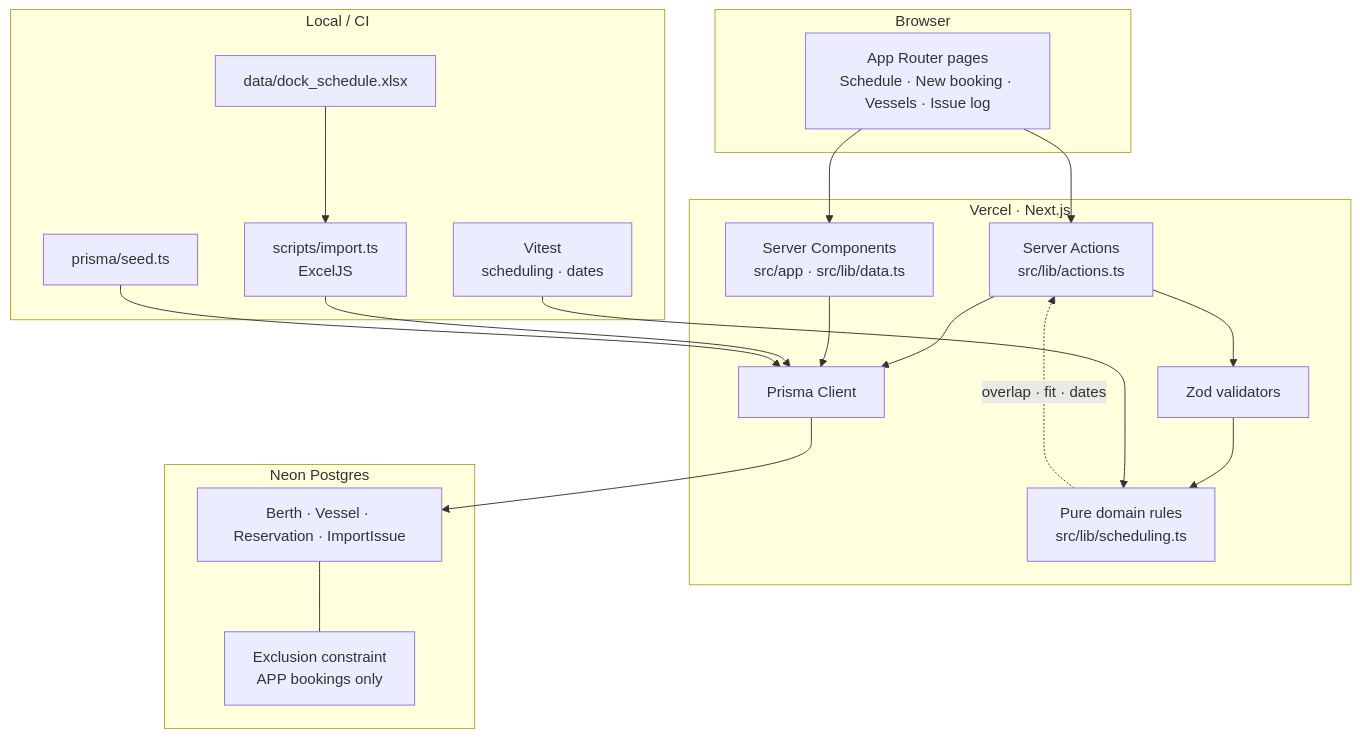
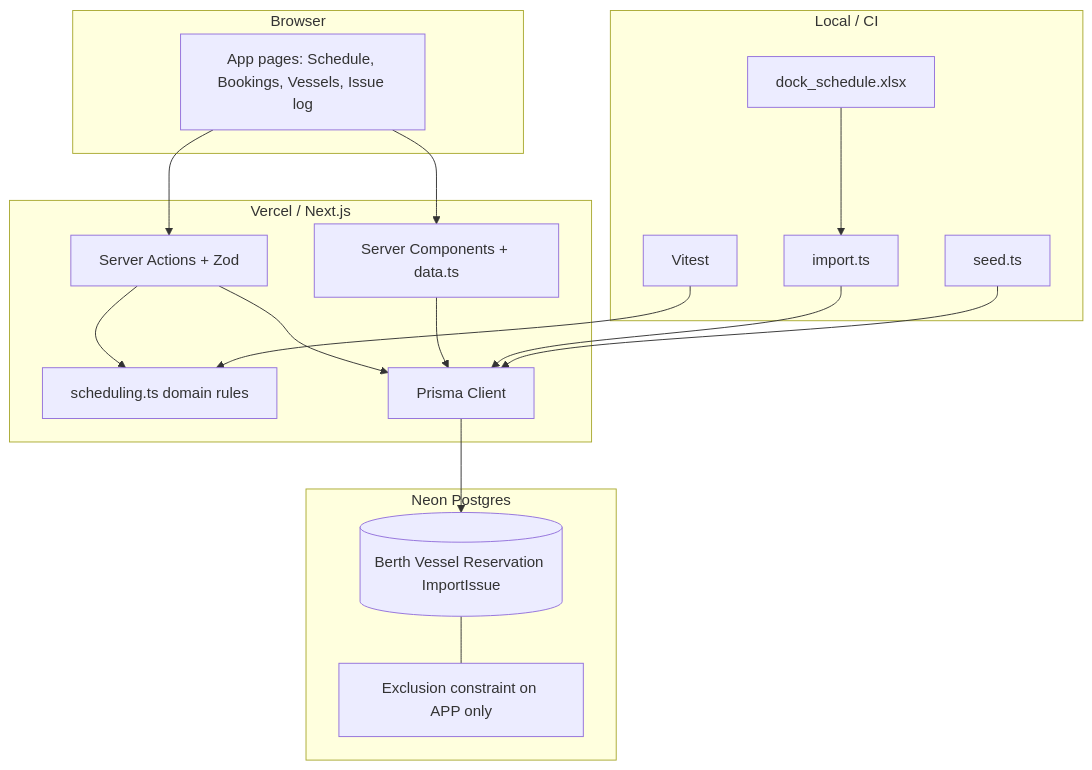
One commit to mwyl8/scheDock changed the diagram in README.md. Above: the diagram before and after it, drawn with Mermaid.

Commit message:
Fix Mermaid diagram for GitHub renderer compatibility.

````diff
--- a/README.md
+++ b/README.md
@@ -23,39 +23,38 @@
 ```mermaid
-flowchart TB
-  subgraph Client["Browser"]
-    UI["App Router pages<br/>Schedule · New booking · Vessels · Issue log"]
+graph TB
+  subgraph browser [Browser]
+    UI[App pages: Schedule, Bookings, Vessels, Issue log]
   end
 
-  subgraph Vercel["Vercel · Next.js"]
-    RSC["Server Components<br/>src/app · src/lib/data.ts"]
-    Actions["Server Actions<br/>src/lib/actions.ts"]
-    Zod["Zod validators"]
-    Rules["Pure domain rules<br/>src/lib/scheduling.ts"]
-    Prisma["Prisma Client"]
+  subgraph nextjs [Vercel / Next.js]
+    RSC[Server Components + data.ts]
+    SA[Server Actions + Zod]
+    Rules[scheduling.ts domain rules]
+    ORM[Prisma Client]
   end
 
-  subgraph Data["Neon Postgres"]
-    Tables["Berth · Vessel · Reservation · ImportIssue"]
-    Exclude["Exclusion constraint<br/>APP bookings only"]
+  subgraph neon [Neon Postgres]
+    DB[(Berth Vessel Reservation ImportIssue)]
+    EX[Exclusion constraint on APP only]
   end
 
-  subgraph Offline["Local / CI"]
-    XLSX["data/dock_schedule.xlsx"]
-    Import["scripts/import.ts<br/>ExcelJS"]
-    Seed["prisma/seed.ts"]
-    Tests["Vitest<br/>scheduling · dates"]
+  subgraph local [Local / CI]
+    XLSX[dock_schedule.xlsx]
+    Imp[import.ts]
+    Seed[seed.ts]
+    Tests[Vitest]
   end
 
   UI --> RSC
-  UI --> Actions
-  Actions --> Zod --> Rules
-  Actions --> Prisma
-  RSC --> Prisma
-  Rules -.->|"overlap · fit · dates"| Actions
-  Prisma --> Tables
-  Tables --- Exclude
+  UI --> SA
+  SA --> Rules
+  SA --> ORM
+  RSC --> ORM
+  ORM --> DB
+  DB --- EX
 
-  XLSX --> Import --> Prisma
-  Seed --> Prisma
+  XLSX --> Imp
+  Imp --> ORM
+  Seed --> ORM
   Tests --> Rules
 ```
````
